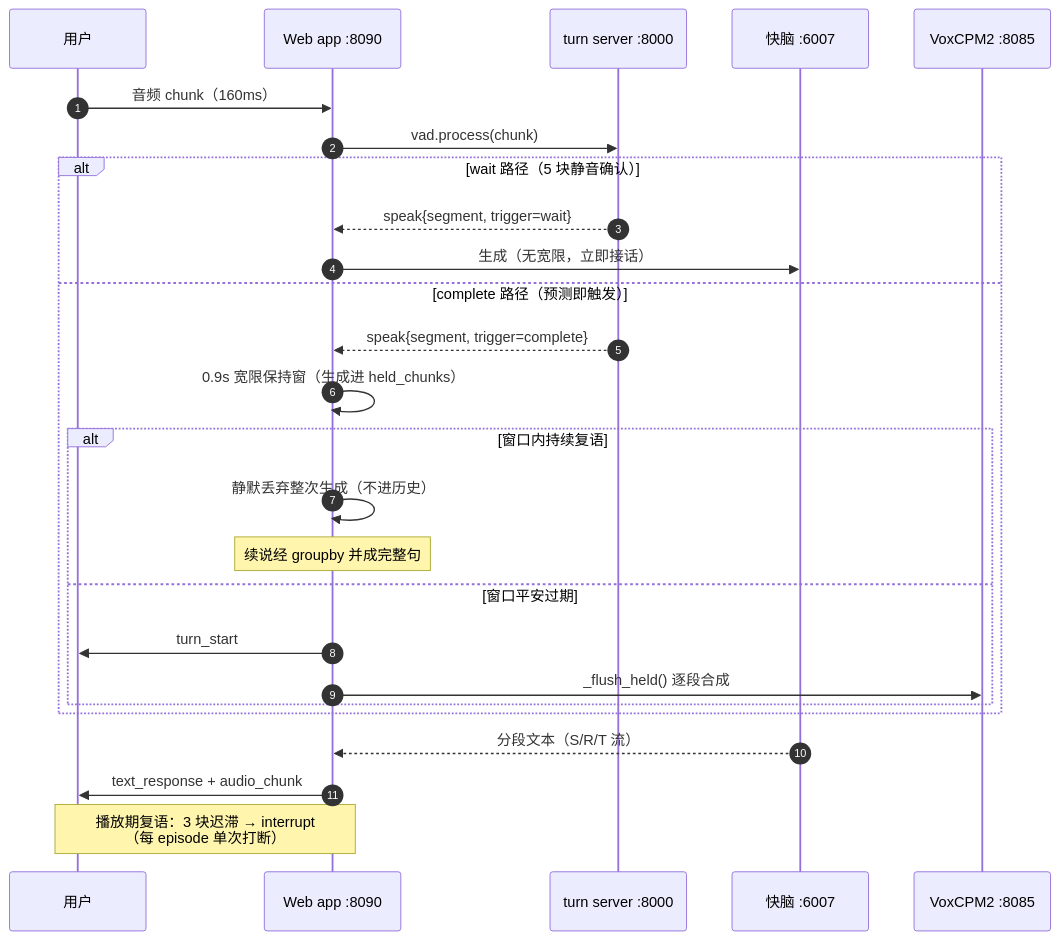
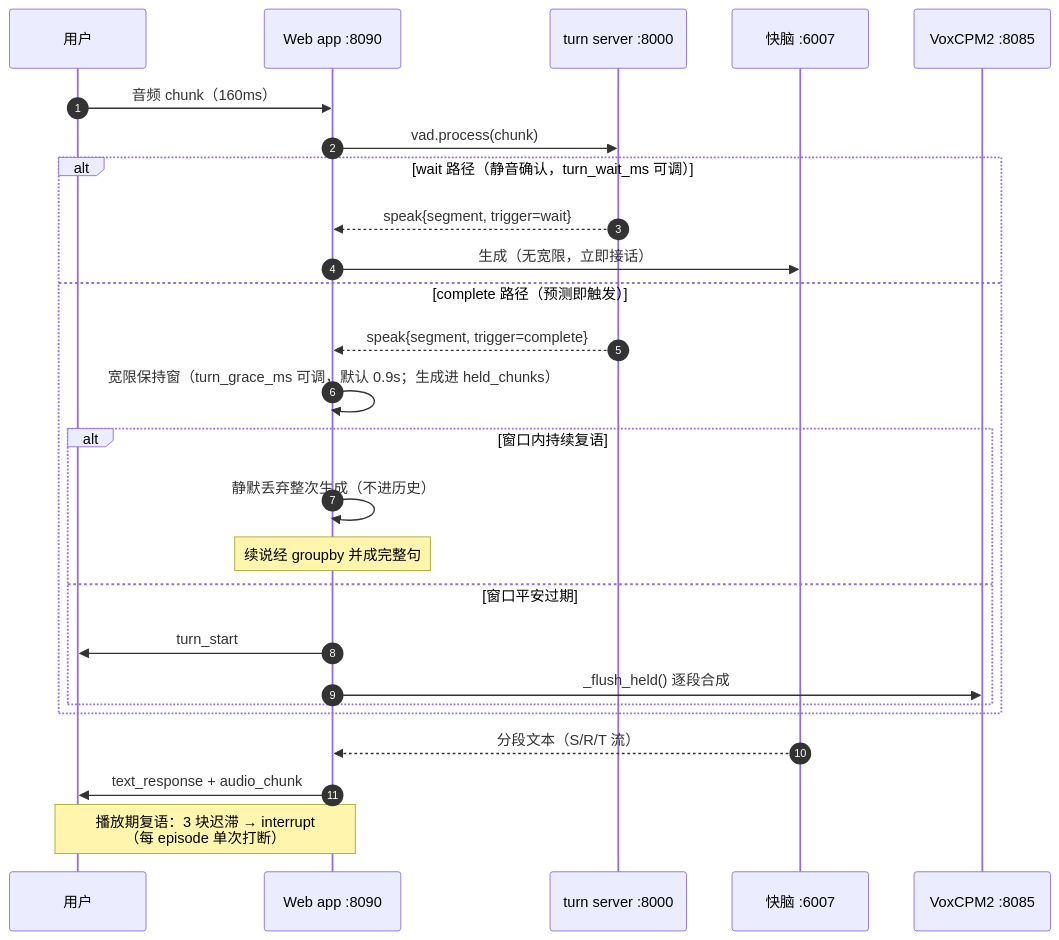
The second of 5 diagrams in docs/架构图-20261030.md (KeyaoLi10/soulx), drawn with Mermaid before and after one commit. The commit also changed 6 other files, not shown here.

````diff
--- a/docs/架构图-20261030.md
+++ b/docs/架构图-20261030.md
@@ -61,29 +61,29 @@
 ```mermaid
 sequenceDiagram
     autonumber
     participant U as 用户
     participant W as Web app :8090
     participant T as turn server :8000
     participant L as 快脑 :6007
     participant S as VoxCPM2 :8085
 
     U->>W: 音频 chunk（160ms）
     W->>T: vad.process(chunk)
-    alt wait 路径（5 块静音确认）
+    alt wait 路径（静音确认，turn_wait_ms 可调）
         T-->>W: speak{segment, trigger=wait}
         W->>L: 生成（无宽限，立即接话）
     else complete 路径（预测即触发）
         T-->>W: speak{segment, trigger=complete}
-        W->>W: 0.9s 宽限保持窗（生成进 held_chunks）
+        W->>W: 宽限保持窗（turn_grace_ms 可调，默认 0.9s；生成进 held_chunks）
         alt 窗口内持续复语
             W->>W: 静默丢弃整次生成（不进历史）
             Note over W: 续说经 groupby 并成完整句
         else 窗口平安过期
             W->>U: turn_start
             W->>S: _flush_held() 逐段合成
         end
     end
     L-->>W: 分段文本（S/R/T 流）
     W->>U: text_response + audio_chunk
     Note over U,W: 播放期复语：3 块迟滞 → interrupt<br/>（每 episode 单次打断）
 ```
````
